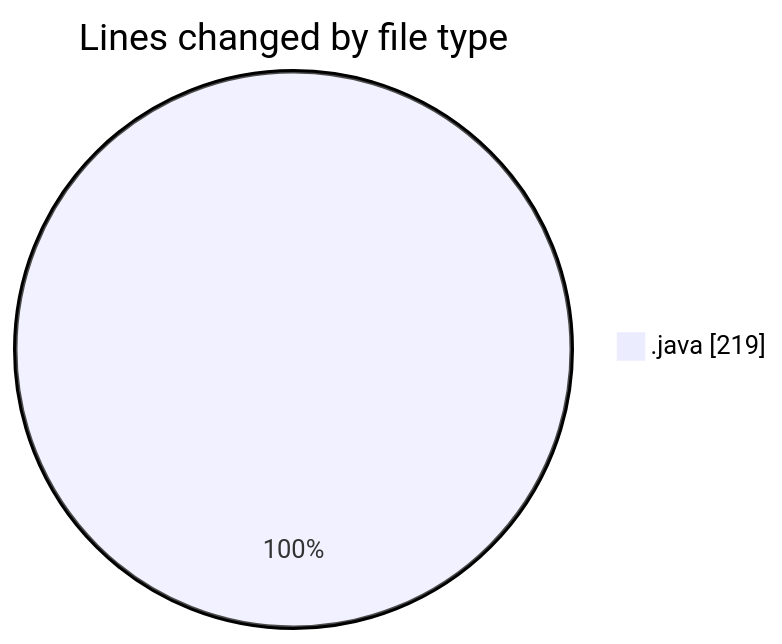
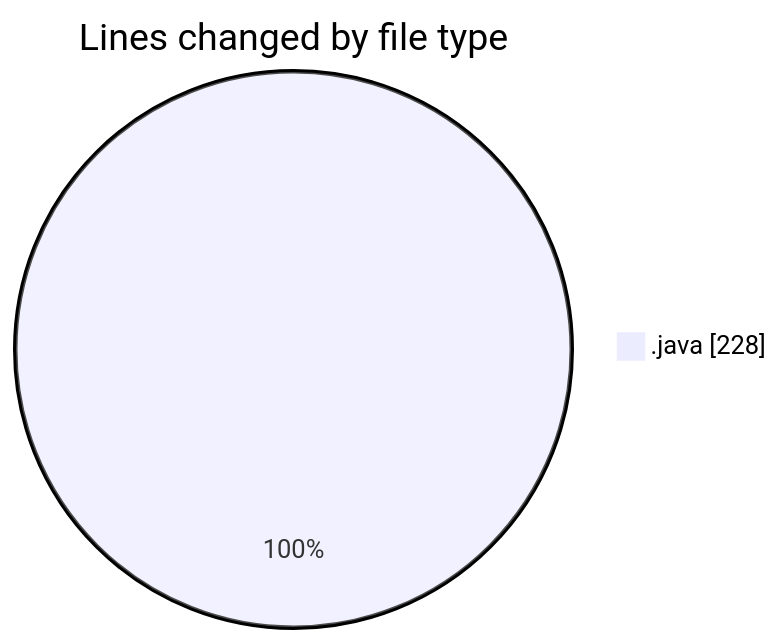
Before and after one commit to NitaiMahat/code-tracking: the first of 2 diagrams in 2025-03-25/startfiles/README.md, drawn with Mermaid. The commit also changed other lines of this file and 1 other file, not shown here.

````diff
--- a/2025-03-25/startfiles/README.md
+++ b/2025-03-25/startfiles/README.md
@@ -21,5 +21,5 @@
 ```mermaid
 pie showData
 title Lines changed by file type
-".java" : 219
+".java" : 228
 ```
````
